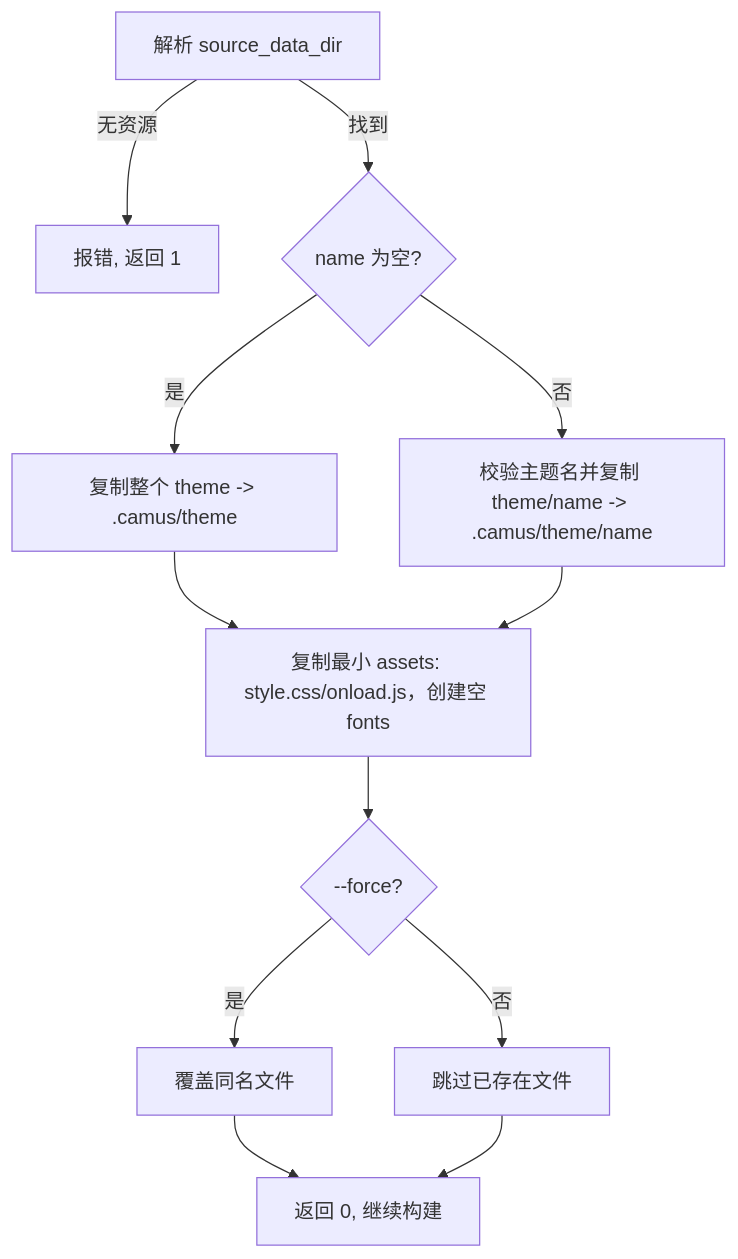
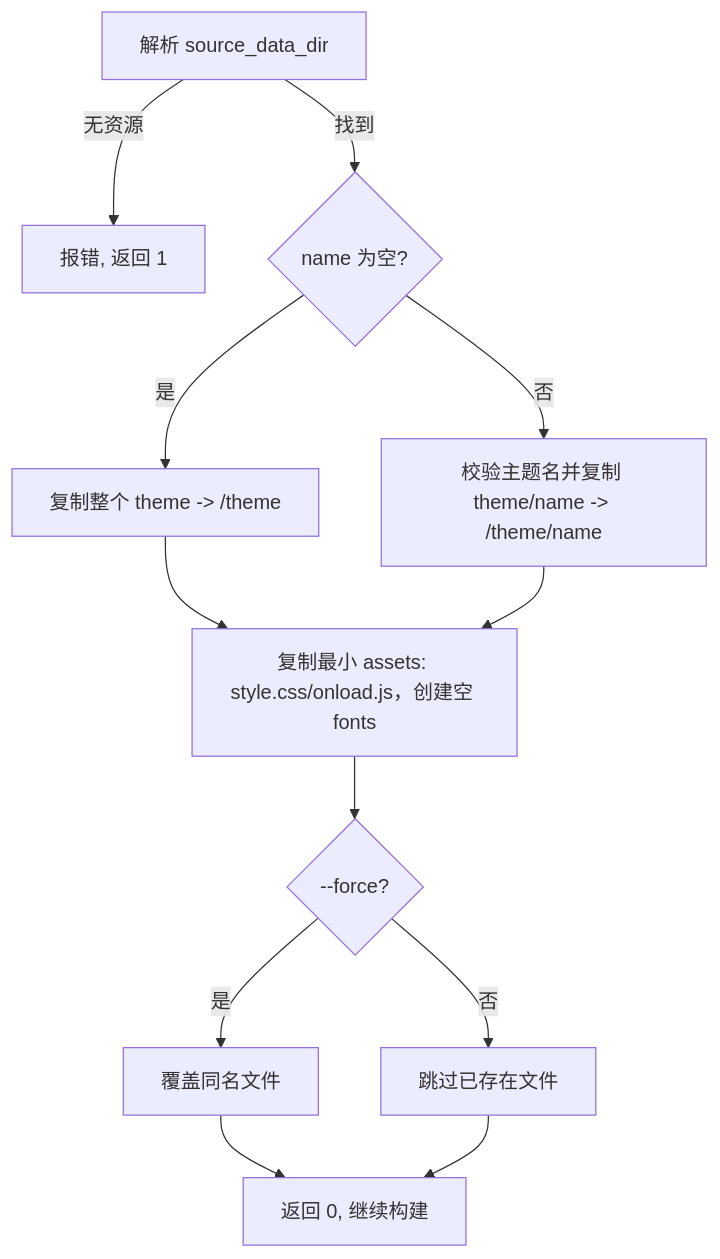
Before and after one commit to o8x/camus: the third of 3 diagrams in docs/prd/08-template-install.md, drawn with Mermaid. The commit also changed other lines of this file and 9 other files, not shown here.

Commit message:
feat: copy minimal resources to workdir root instead of .camus

````diff
--- a/docs/prd/08-template-install.md
+++ b/docs/prd/08-template-install.md
@@ -107,14 +107,14 @@
 ```mermaid
 flowchart TD
     A[解析 source_data_dir] -->|无资源| X[报错, 返回 1]
     A -->|找到| T{name 为空?}
-    T -->|是| C[复制整个 theme -> .camus/theme]
-    T -->|否| O[校验主题名并复制 theme/name -> .camus/theme/name]
+    T -->|是| C[复制整个 theme -> <workdir>/theme]
+    T -->|否| O[校验主题名并复制 theme/name -> <workdir>/theme/name]
     C --> AS[复制最小 assets: style.css/onload.js，创建空 fonts]
     O --> AS
     AS --> S{--force?}
     S -->|是| W[覆盖同名文件]
     S -->|否| K[跳过已存在文件]
     W --> OK[返回 0, 继续构建]
     K --> OK
 ```
````
